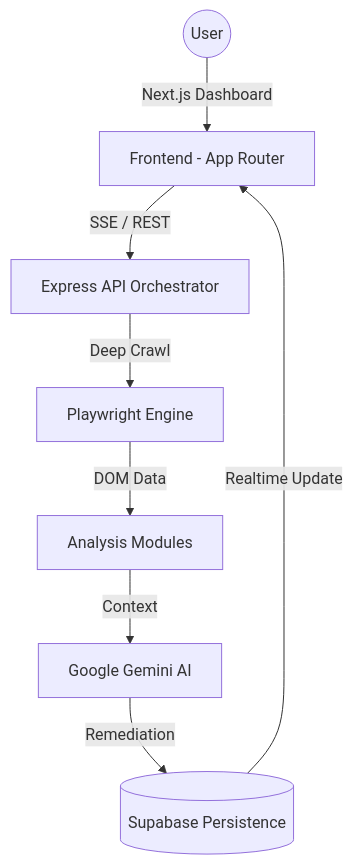
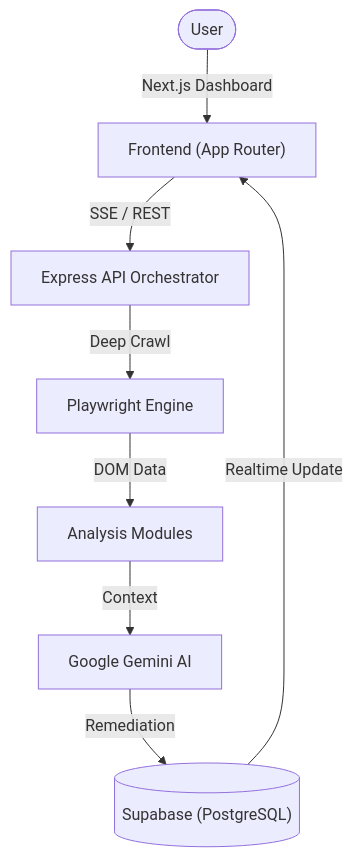
The diagram in README.md (hetshah1432/autopilot_qa1), drawn with Mermaid before and after one commit.

Commit message:
fix(docs): quote mermaid labels to solve rich display error

````diff
--- a/README.md
+++ b/README.md
@@ -35,10 +35,10 @@
 ```mermaid
 graph TD
-    User((User)) -->|Next.js Dashboard| FE[Frontend - App Router]
-    FE -->|SSE / REST| BE[Express API Orchestrator]
-    BE -->|Deep Crawl| PW[Playwright Engine]
-    PW -->|DOM Data| AM[Analysis Modules]
-    AM -->|Context| AI[Google Gemini AI]
-    AI -->|Remediation| DB[(Supabase Persistence)]
-    DB -->|Realtime Update| FE
+    User([User]) -->|"Next.js Dashboard"| FE["Frontend (App Router)"]
+    FE -->|"SSE / REST"| BE["Express API Orchestrator"]
+    BE -->|"Deep Crawl"| PW["Playwright Engine"]
+    PW -->|"DOM Data"| AM["Analysis Modules"]
+    AM -->|"Context"| AI["Google Gemini AI"]
+    AI -->|"Remediation"| DB[("Supabase (PostgreSQL)")]
+    DB -->|"Realtime Update"| FE
 ```
````
